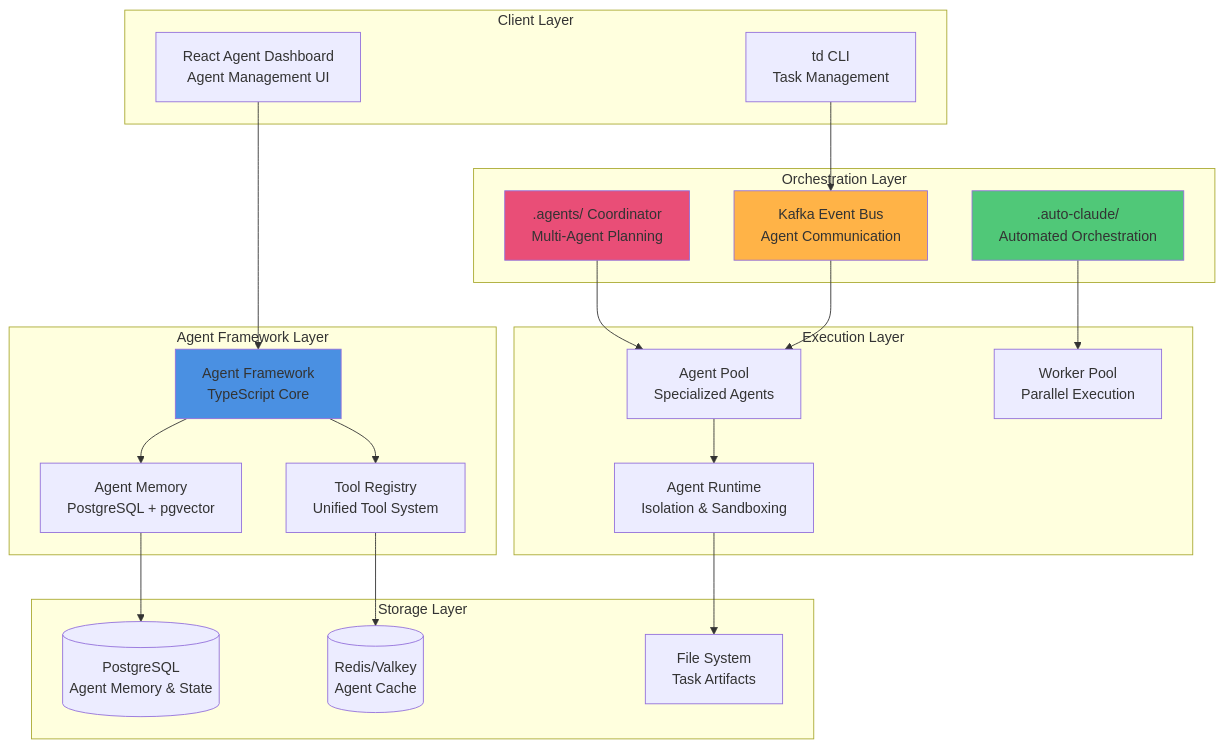
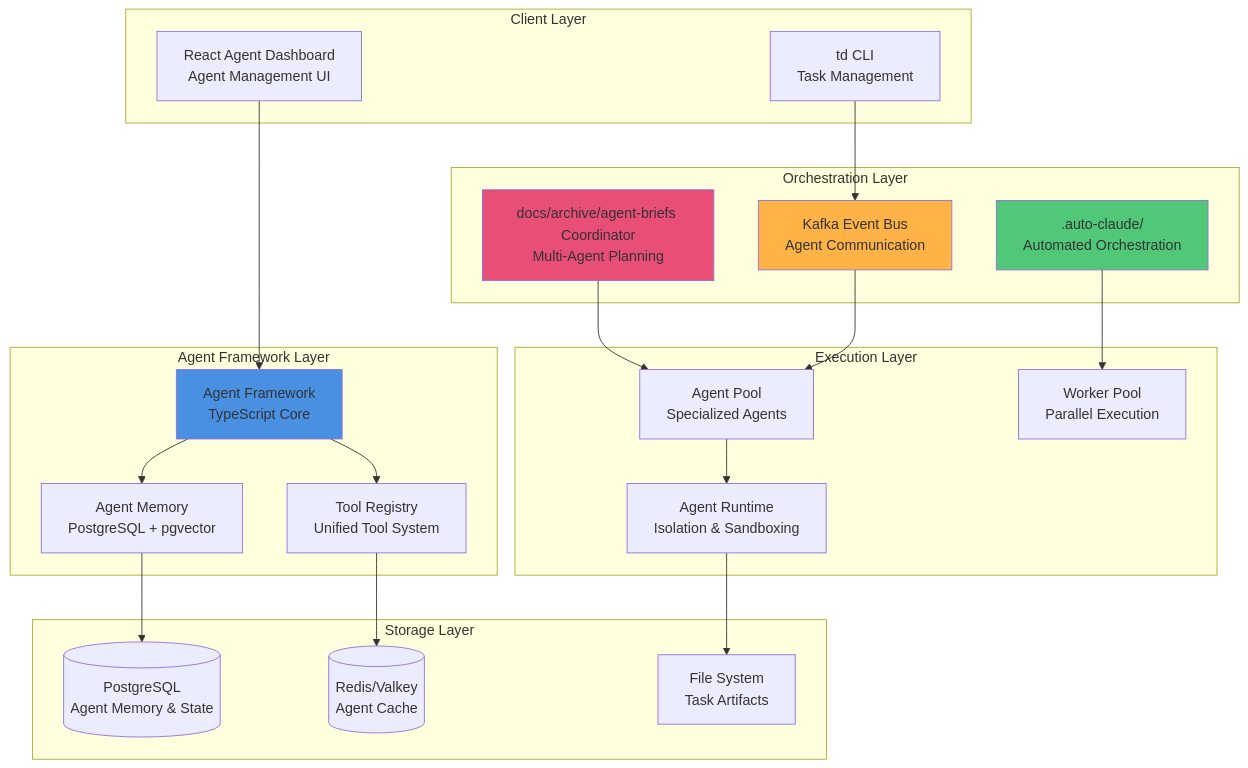
Before and after one commit to ryanmaclean/vibecode-webgui: the first of 12 diagrams in docs/architecture/AGENT_ORCHESTRATION.md, drawn with Mermaid. The commit also changed other lines of this file and 599 other files, not shown here.

````diff
--- a/docs/architecture/AGENT_ORCHESTRATION.md
+++ b/docs/architecture/AGENT_ORCHESTRATION.md
@@ -47,48 +47,48 @@
 ```mermaid
 graph TB
     subgraph "Client Layer"
         UI[React Agent Dashboard<br/>Agent Management UI]
         CLI[td CLI<br/>Task Management]
     end
 
     subgraph "Agent Framework Layer"
         FRAMEWORK[Agent Framework<br/>TypeScript Core]
         MEMORY[Agent Memory<br/>PostgreSQL + pgvector]
         TOOLS[Tool Registry<br/>Unified Tool System]
     end
 
     subgraph "Orchestration Layer"
-        COORD[.agents/ Coordinator<br/>Multi-Agent Planning]
+        COORD[docs/archive/agent-briefs Coordinator<br/>Multi-Agent Planning]
         AUTOCL[.auto-claude/<br/>Automated Orchestration]
         KAFKA[Kafka Event Bus<br/>Agent Communication]
     end
 
     subgraph "Execution Layer"
         AGENTS[Agent Pool<br/>Specialized Agents]
         WORKERS[Worker Pool<br/>Parallel Execution]
         RUNTIME[Agent Runtime<br/>Isolation & Sandboxing]
     end
 
     subgraph "Storage Layer"
         PG[(PostgreSQL<br/>Agent Memory & State)]
         REDIS[(Redis/Valkey<br/>Agent Cache)]
         FS[File System<br/>Task Artifacts]
     end
 
     UI --> FRAMEWORK
     CLI --> KAFKA
     FRAMEWORK --> MEMORY
     FRAMEWORK --> TOOLS
     COORD --> AGENTS
     AUTOCL --> WORKERS
     KAFKA --> AGENTS
     AGENTS --> RUNTIME
     MEMORY --> PG
     TOOLS --> REDIS
     RUNTIME --> FS
 
     style FRAMEWORK fill:#4A90E2
     style COORD fill:#E94E77
     style AUTOCL fill:#50C878
     style KAFKA fill:#FFB347
 ```
````
